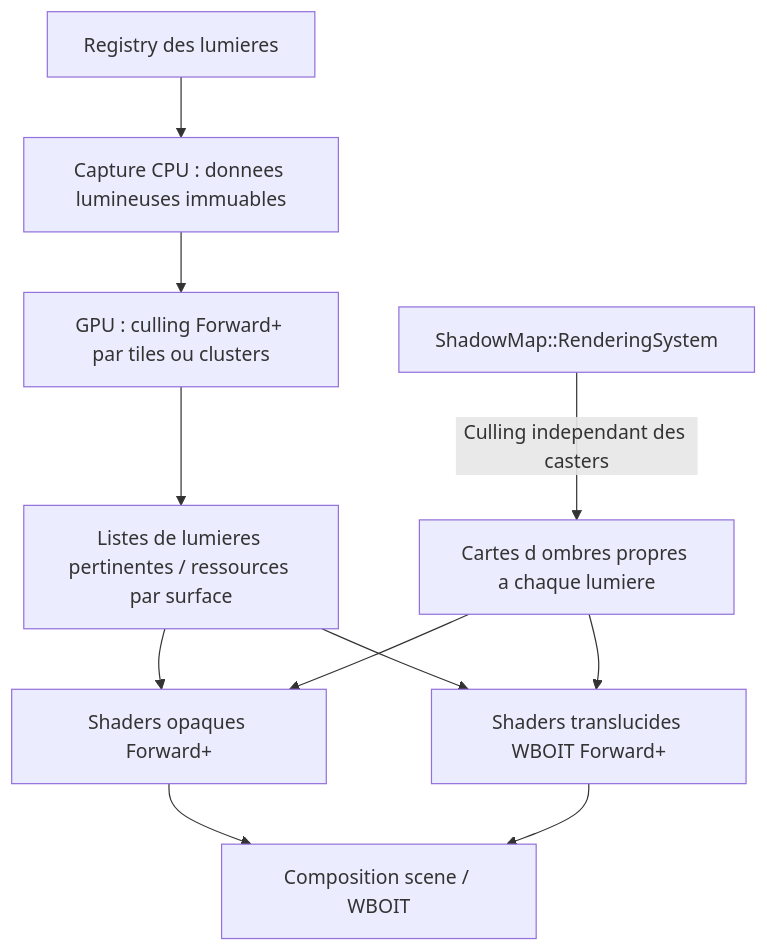
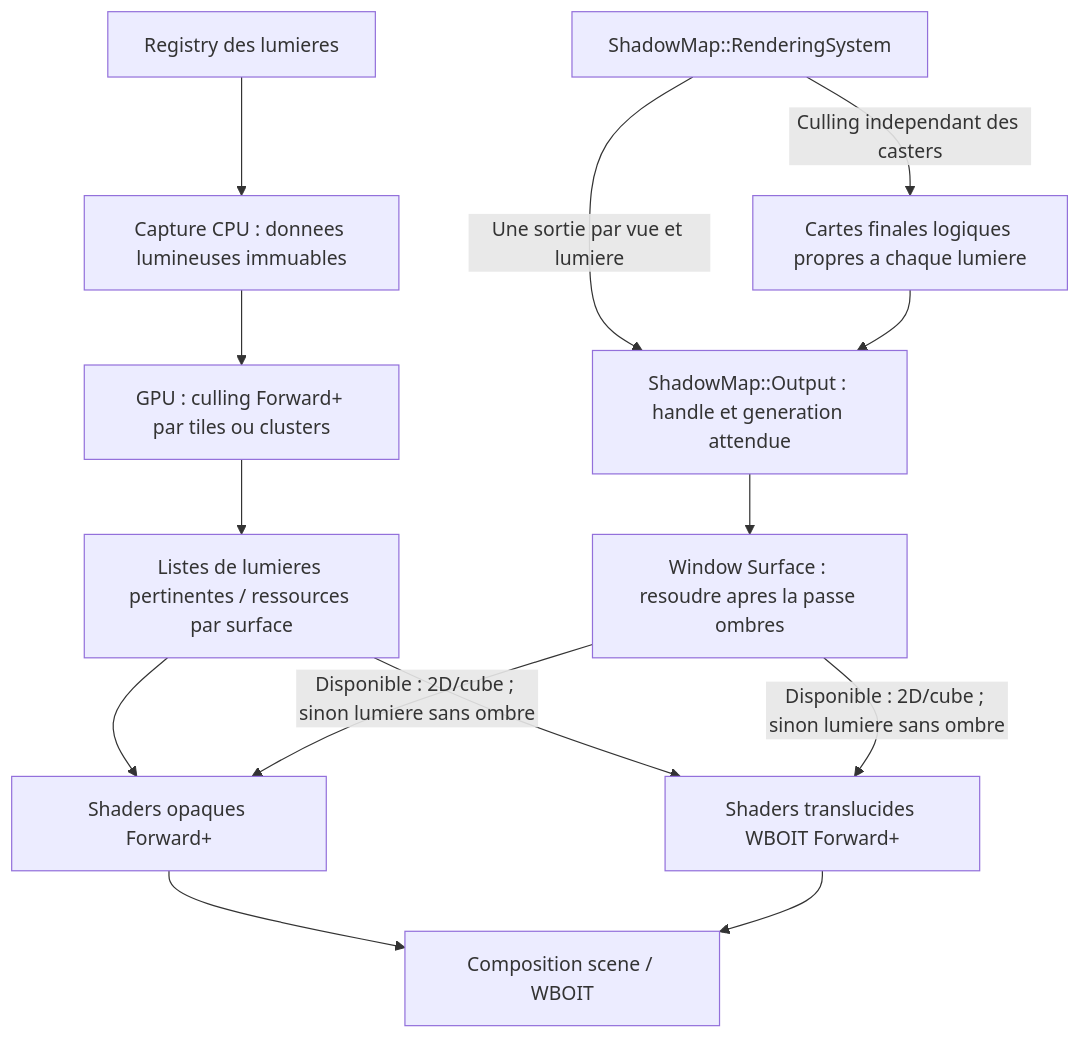
Diagram 23 of 24 in docs/voxel-engine-v0.1.4-specification.md (EreliaStudio/Sparkle), drawn with Mermaid before and after one commit. The commit also changed other lines of this file, not shown here.

Commit message:
docs(v0.1.4): wire A3 ShadowMap::Output into Forward+ diagrams and inventory

````diff
--- a/docs/voxel-engine-v0.1.4-specification.md
+++ b/docs/voxel-engine-v0.1.4-specification.md
@@ -1604,13 +1605,16 @@
 ```mermaid
 flowchart TD
   Registry["Registry des lumieres"] --> Capture["Capture CPU : donnees lumineuses immuables"]
   Capture --> GPU["GPU : culling Forward+ par tiles ou clusters"]
   GPU --> Lists["Listes de lumieres pertinentes / ressources par surface"]
   Lists --> Opaque["Shaders opaques Forward+"]
   Lists --> WBOIT["Shaders translucides WBOIT Forward+"]
-  Shadow["ShadowMap::RenderingSystem"] -->|"Culling independant des casters"| Maps["Cartes d ombres propres a chaque lumiere"]
-  Maps --> Opaque
-  Maps --> WBOIT
+  Shadow["ShadowMap::RenderingSystem"] -->|"Culling independant des casters"| Maps["Cartes finales logiques propres a chaque lumiere"]
+  Shadow -->|"Une sortie par vue et lumiere"| Output["ShadowMap::Output : handle et generation attendue"]
+  Maps --> Output
+  Output --> Surface["Window Surface : resoudre apres la passe ombres"]
+  Surface -->|"Disponible : 2D/cube ; sinon lumiere sans ombre"| Opaque
+  Surface -->|"Disponible : 2D/cube ; sinon lumiere sans ombre"| WBOIT
   Opaque --> Compose["Composition scene / WBOIT"]
   WBOIT --> Compose
 ```
````
